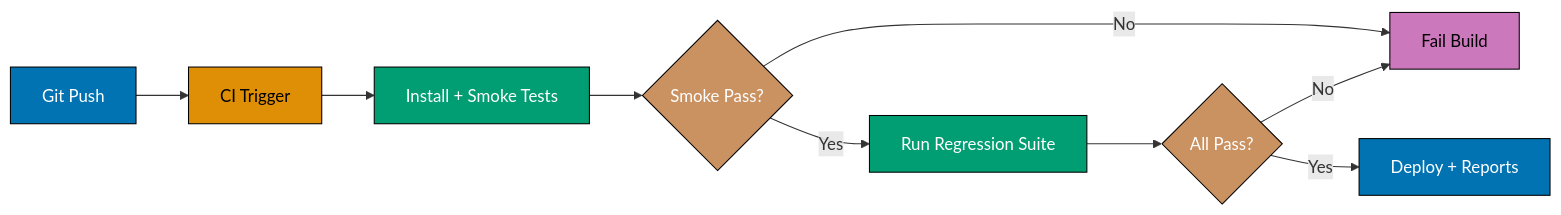
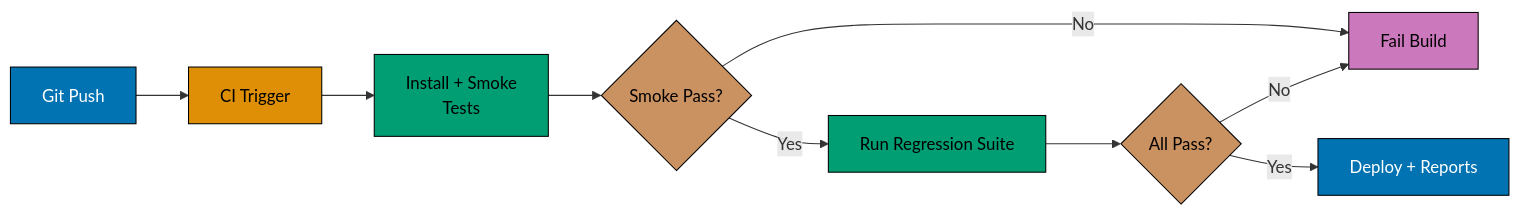
The fourth of 9 diagrams in apps/ayokoding-www/content/en/learn/legacy/software-engineering/development/behavior-driven-development-bdd/by-example/intermediate.md (wahidyankf/ose-public), drawn with Mermaid before and after one commit. The commit also changed other lines of this file and 78 other files, not shown here.

First line of the commit message:
fix(mermaid): bring the remaining legacy software-engineering diagrams onto the accessible palette

````diff
--- a/apps/ayokoding-www/content/en/learn/legacy/software-engineering/development/behavior-driven-development-bdd/by-example/intermediate.md
+++ b/apps/ayokoding-www/content/en/learn/legacy/software-engineering/development/behavior-driven-development-bdd/by-example/intermediate.md
@@ -1503,21 +1514,29 @@
 ```mermaid
 %% Color Palette: Blue #0173B2, Orange #DE8F05, Teal #029E73, Purple #CC78BC, Brown #CA9161
 graph LR
+    accTitle: Diagram
+    accDescr: Graph with 8 nodes and 8 connections. Nodes: Git Push, CI Trigger, Install + Smoke Tests, Smoke Pass?, Fail Build, Run Regression Suite, All Pass?, Deploy + Reports. Connections: Git Push to CI Trigger, CI Trigger to Install + Smoke Tests, Install + Smoke Tests to Smoke Pass?, Smoke Pass? to Fail Build (No), Smoke Pass? to Run Regression Suite (Yes), Run Regression Suite to All Pass?, All Pass? to Fail Build (No), All Pass? to Deploy + Reports (Yes).
     A[Git Push] --> B[CI Trigger]
-    B --> C[Install + Smoke Tests]
+    B --> C[Install + Smoke<br/>Tests]
     C --> D{Smoke Pass?}
     D -->|No| E[Fail Build]
     D -->|Yes| F[Run Regression Suite]
     F --> G{All Pass?}
     G -->|No| E
     G -->|Yes| H[Deploy + Reports]
 
-    style A fill:#0173B2,stroke:#000,color:#fff
-    style B fill:#DE8F05,stroke:#000,color:#000
-    style C fill:#029E73,stroke:#000,color:#fff
-    style D fill:#CA9161,stroke:#000,color:#fff
-    style E fill:#CC78BC,stroke:#000,color:#000
-    style F fill:#029E73,stroke:#000,color:#fff
-    style G fill:#CA9161,stroke:#000,color:#fff
-    style H fill:#0173B2,stroke:#000,color:#fff
+    classDef pal-0173B2 fill:#0173B2,stroke:#000000,color:#FFFFFF
+    class A pal-0173B2
+    classDef pal-DE8F05 fill:#DE8F05,stroke:#000000,color:#000000
+    class B pal-DE8F05
+    classDef pal-029E73 fill:#029E73,stroke:#000000,color:#000000
+    class C pal-029E73
+    classDef pal-CA9161 fill:#CA9161,stroke:#000000,color:#000000
+    class D pal-CA9161
+    classDef pal-CC78BC fill:#CC78BC,stroke:#000000,color:#000000
+    class E pal-CC78BC
+    class F pal-029E73
+    class G pal-CA9161
+    class H pal-0173B2
+    classDef default fill:#FFFFFF,stroke:#000000,color:#000000
 ```
````
